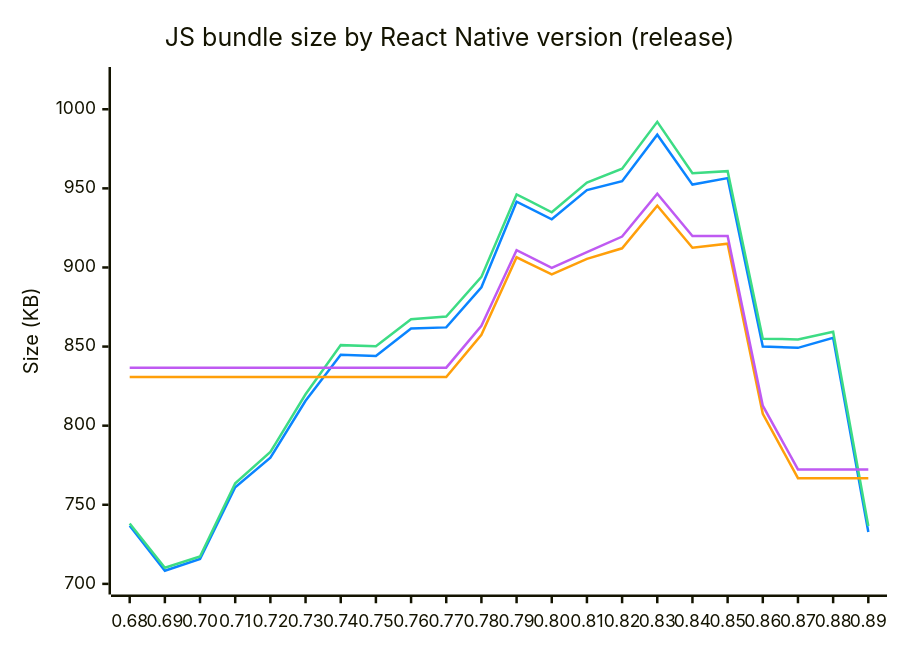
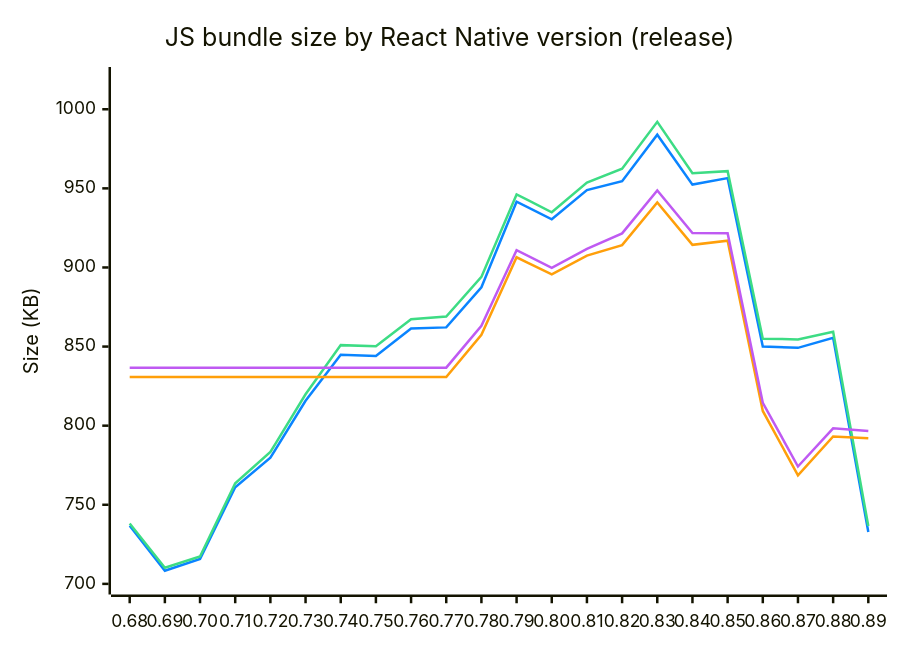
The diagram in README.md (retyui/react-native-bundle-diff), drawn with Mermaid before and after one commit. The commit also changed other lines of this file and 18 other files, not shown here.

````diff
--- a/README.md
+++ b/README.md
@@ -16,11 +16,11 @@
 ```mermaid
 %%{init: {"themeVariables": {"xyChart": {"plotColorPalette": "#0a84ff, #3ddc84, #ff9f0a, #bf5af2"}}}}%%
 xychart-beta
     title "JS bundle size by React Native version (release)"
     x-axis ["0.68", "0.69", "0.70", "0.71", "0.72", "0.73", "0.74", "0.75", "0.76", "0.77", "0.78", "0.79", "0.80", "0.81", "0.82", "0.83", "0.84", "0.85", "0.86", "0.87", "0.88", "0.89"]
     y-axis "Size (KB)" 700 --> 1020
     line [736.76, 708.34, 715.76, 761.1, 779.73, 815.74, 844.84, 844.03, 861.42, 862.13, 887.52, 941.55, 930.46, 948.88, 954.5, 983.93, 952.38, 956.5, 849.98, 849.2, 855.49, 732.85]
     line [738.14, 710.18, 717.28, 763.61, 783.35, 819.87, 850.9, 850.15, 867.27, 869.02, 894.03, 946.18, 934.89, 953.62, 962.44, 992.06, 959.61, 960.88, 854.99, 854.54, 859.42, 736.54]
-    line [830.81, 830.81, 830.81, 830.81, 830.81, 830.81, 830.81, 830.81, 830.81, 830.81, 857.41, 906.45, 895.6, 905.46, 912.12, 939, 912.47, 915.05, 807.46, 766.79, 766.79, 766.79]
-    line [836.66, 836.66, 836.66, 836.66, 836.66, 836.66, 836.66, 836.66, 836.66, 836.66, 863.19, 910.89, 899.77, 909.72, 919.53, 946.61, 919.89, 919.85, 812.62, 772.36, 772.36, 772.36]
+    line [830.81, 830.81, 830.81, 830.81, 830.81, 830.81, 830.81, 830.81, 830.81, 830.81, 857.41, 906.45, 895.6, 907.48, 914.14, 941.03, 914.31, 916.9, 809.3, 768.63, 793.2, 791.99]
+    line [836.66, 836.66, 836.66, 836.66, 836.66, 836.66, 836.66, 836.66, 836.66, 836.66, 863.19, 910.89, 899.77, 911.75, 921.56, 948.63, 921.73, 921.69, 814.46, 774.2, 798.34, 796.68]
 ```
````
